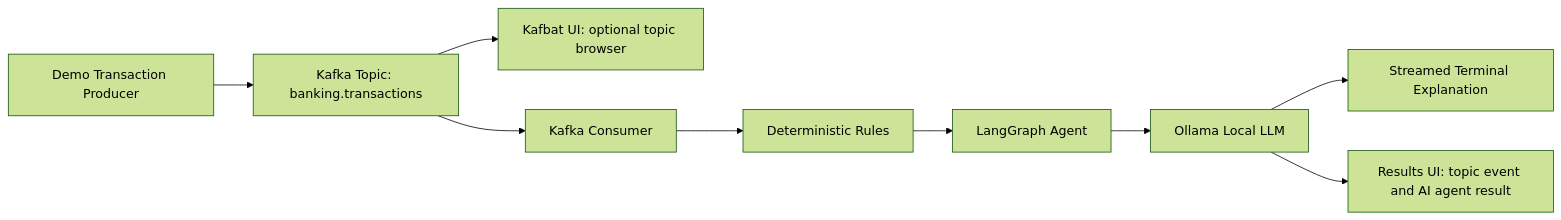
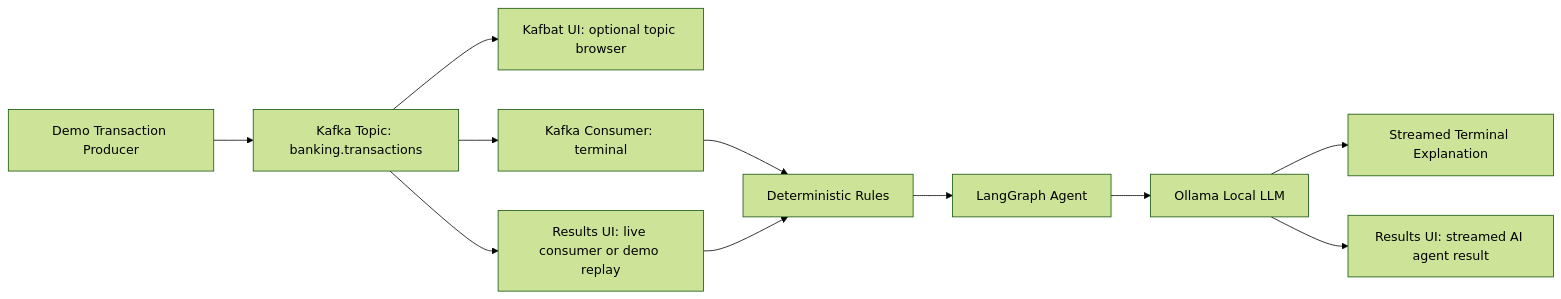
One commit to thomassuedbroecker/simple_kafka_example changed the diagram in README.md. Above: the diagram before and after it, drawn with Mermaid (forest theme). The commit also changed other lines of this file and 4 other files, not shown here.

First line of the commit message:
Results UI: consume live Kafka messages via consumer group (#26)

````diff
--- a/README.md
+++ b/README.md
@@ -89,11 +89,13 @@
 ```mermaid
 flowchart LR
     A[Demo Transaction Producer] --> B[Kafka Topic: banking.transactions]
     B --> H[Kafbat UI: optional topic browser]
-    B --> C[Kafka Consumer]
+    B --> C[Kafka Consumer: terminal]
     C --> D[Deterministic Rules]
     D --> E[LangGraph Agent]
     E --> F[Ollama Local LLM]
     F --> G[Streamed Terminal Explanation]
-    F --> I[Results UI: topic event and AI agent result]
+    B --> I[Results UI: live consumer or demo replay]
+    I --> D
+    F --> J[Results UI: streamed AI agent result]
 ```
````
